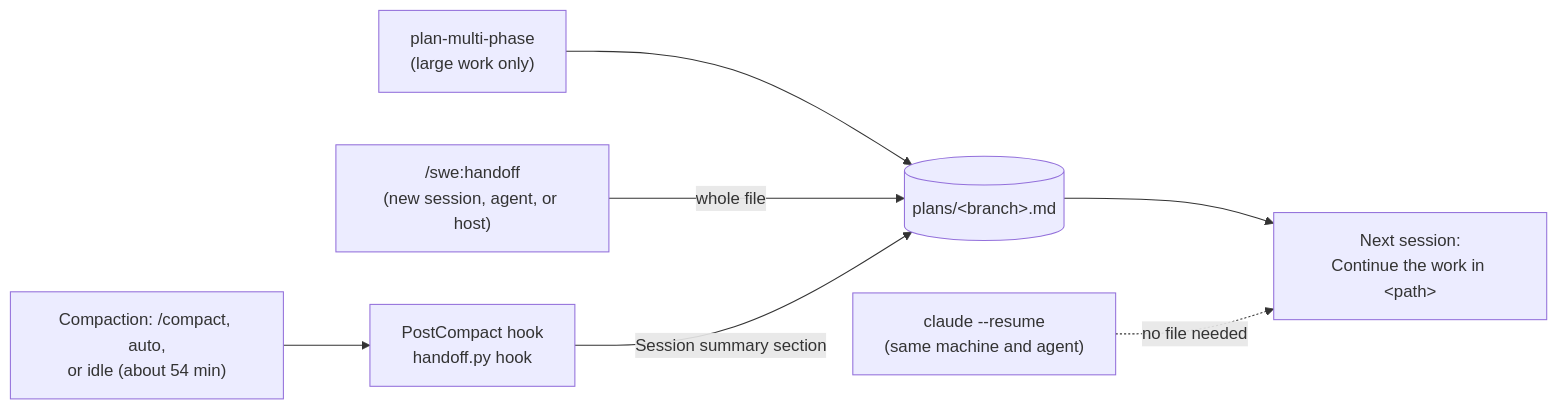
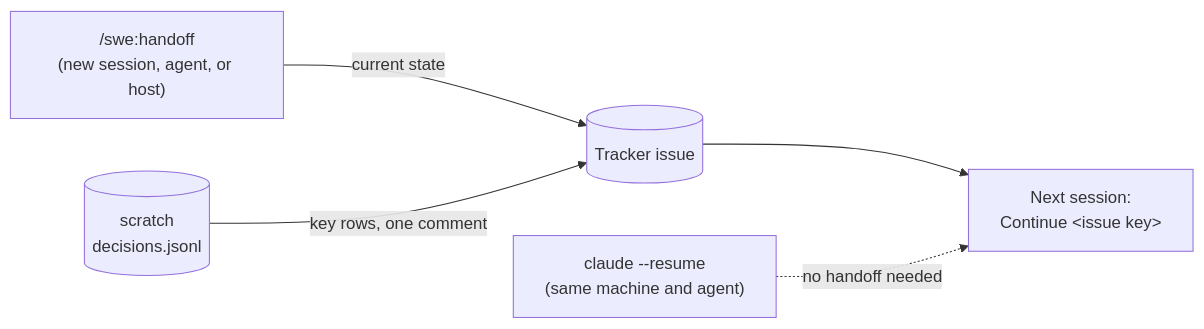
Before and after one commit to kpeez/agent-toolbox: the second of 2 diagrams in plugins/swe/docs/07-long-runs.md, drawn with Mermaid. The commit also changed other lines of this file and 31 other files, not shown here.

First line of the commit message:
refactor(swe): retire handoff.py for tracker-first handoffs (#24)

````diff
--- a/plugins/swe/docs/07-long-runs.md
+++ b/plugins/swe/docs/07-long-runs.md
@@ -54,16 +52,13 @@
 ```mermaid
 flowchart LR
-  plan["plan-multi-phase<br/>(large work only)"]
   resume["claude --resume<br/>(same machine and agent)"]
   manual["/swe:handoff<br/>(new session, agent, or host)"]
-  compact["Compaction: /compact, auto,<br/>or idle (about 54 min)"]
-  hook["PostCompact hook<br/>handoff.py hook"]
-  file[("plans/#lt;branch#gt;.md")]
-  next["Next session:<br/>Continue the work in #lt;path#gt;"]
+  log[("scratch<br/>decisions.jsonl")]
+  issue[("Tracker issue")]
+  next["Next session:<br/>Continue #lt;issue key#gt;"]
 
-  plan --> file
-  manual -- "whole file" --> file
-  compact --> hook -- "Session summary section" --> file
-  file --> next
-  resume -. "no file needed" .-> next
+  manual -- "current state" --> issue
+  log -- "key rows, one comment" --> issue
+  issue --> next
+  resume -. "no handoff needed" .-> next
 ```
````
